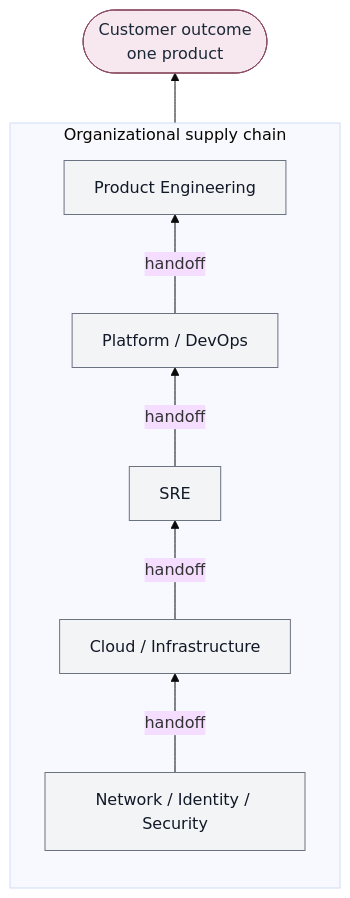
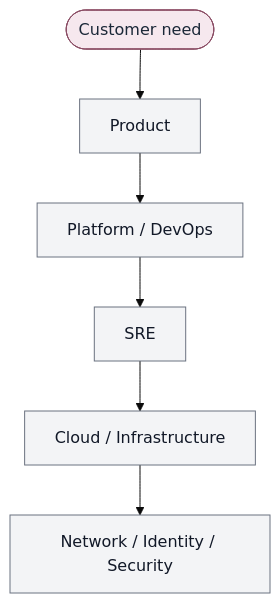
The diagram in diagrams/traditional-delivery-model.md (opsdevcode/convergence), drawn with Mermaid (base theme) before and after one commit. The commit also changed other lines of this file and 24 other files, not shown here.

````diff
--- a/diagrams/traditional-delivery-model.md
+++ b/diagrams/traditional-delivery-model.md
@@ -7,20 +5,23 @@
 ```mermaid
-flowchart BT
-  subgraph supply["Organizational supply chain"]
-    direction BT
-    Net["Network / Identity / Security"]:::team
-    Cloud["Cloud / Infrastructure"]:::team
-    SRE["SRE"]:::team
-    Plat["Platform / DevOps"]:::team
-    Product["Product Engineering"]:::team
-    Net -->|"handoff"| Cloud
-    Cloud -->|"handoff"| SRE
-    SRE -->|"handoff"| Plat
-    Plat -->|"handoff"| Product
-  end
-  Outcome(["Customer outcome<br/>one product"]):::out
-  Product --> Outcome
+flowchart TB
+  Need(["Customer need"]):::out
+  Product["Product"]:::team
+  Platform["Platform / DevOps"]:::team
+  SRE["SRE"]:::team
+  Infra["Cloud / Infrastructure"]:::team
+  Net["Network / Identity / Security"]:::team
 
+  Need --> Product
+  Product --> Platform
+  Platform --> SRE
+  SRE --> Infra
+  Infra --> Net
+
+  classDef intent fill:#E8EEF6,stroke:#3D5A80,color:#1B2838
+  classDef cap fill:#E4EFE7,stroke:#2F6F4E,color:#1B2838
+  classDef exp fill:#F4EFE4,stroke:#8A6A2F,color:#1B2838
+  classDef real fill:#EEE8F6,stroke:#5B4B8A,color:#1B2838
+  classDef out fill:#F6E8EE,stroke:#8A4B63,color:#1B2838
+  classDef learn fill:#EEF4E8,stroke:#5A7A3A,color:#1B2838
   classDef team fill:#F3F4F6,stroke:#6B7280,color:#111827
-  classDef out fill:#F6E8EE,stroke:#8A4B63,color:#1B2838
 ```
````
